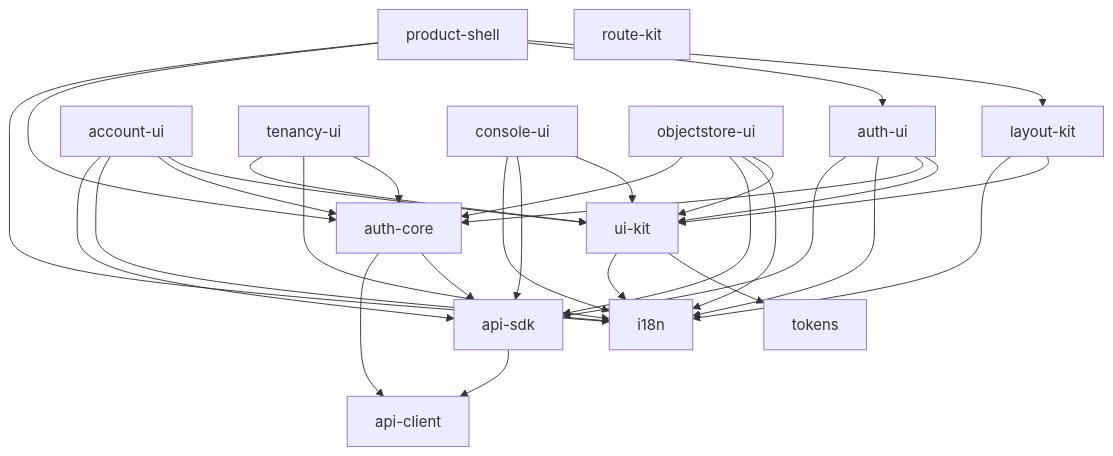
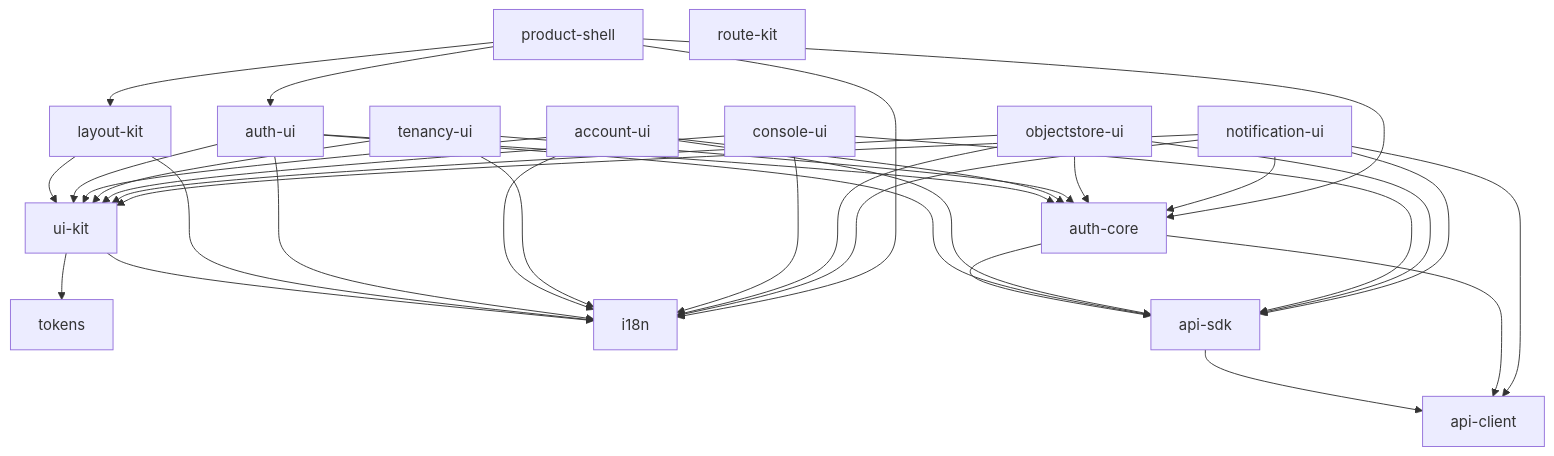
Before and after one commit to wangzw/speed: the diagram in docs/design/modules/web/design-web.md, drawn with Mermaid. The commit also changed other lines of this file and 46 other files, not shown here.

````diff
--- a/docs/design/modules/web/design-web.md
+++ b/docs/design/modules/web/design-web.md
@@ -133,36 +134,41 @@
 ```mermaid
 graph TD
     tokens
     i18n
     api-client
     ui-kit --> tokens
     ui-kit --> i18n
     layout-kit --> ui-kit
     layout-kit --> i18n
     api-sdk --> api-client
     auth-core --> api-sdk
     auth-core --> api-client
     auth-ui --> ui-kit
     auth-ui --> auth-core
     auth-ui --> i18n
     auth-ui --> api-sdk
     account-ui --> ui-kit
     account-ui --> auth-core
     account-ui --> i18n
     account-ui --> api-sdk
     tenancy-ui --> auth-core
     tenancy-ui --> i18n
     tenancy-ui --> ui-kit
     console-ui --> ui-kit
     console-ui --> api-sdk
     console-ui --> i18n
     objectstore-ui --> ui-kit
     objectstore-ui --> i18n
     objectstore-ui --> api-sdk
     objectstore-ui --> auth-core
+    notification-ui --> ui-kit
+    notification-ui --> i18n
+    notification-ui --> auth-core
+    notification-ui --> api-sdk
+    notification-ui --> api-client
     product-shell --> layout-kit
     product-shell --> auth-ui
     product-shell --> auth-core
     product-shell --> i18n
     route-kit
 ```
````
